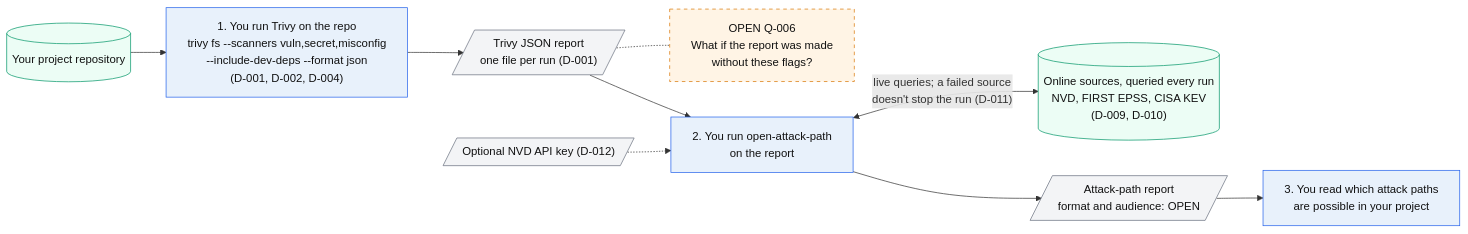
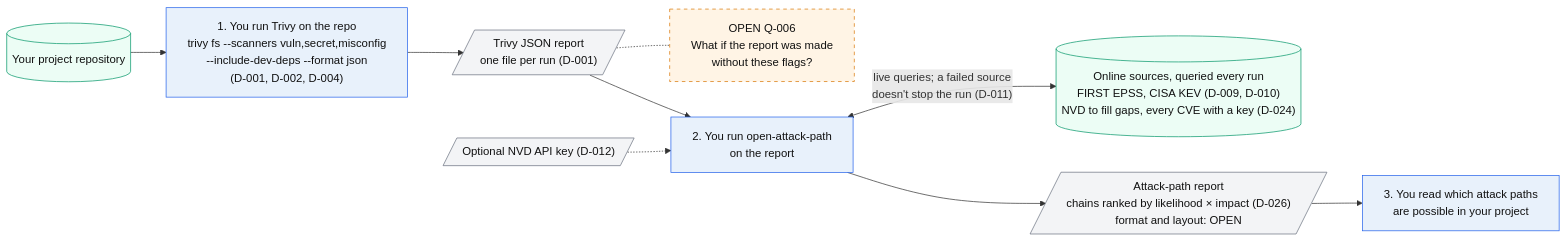
The diagram in docs/planning/diagrams/01-end-to-end.md (jackbowden-ai/open-attack-path), drawn with Mermaid before and after one commit. The commit also changed other lines of this file and 10 other files, not shown here.

First line of the commit message:
Chain model interview: decisions D-016 to D-029, diagrams updated

````diff
--- a/docs/planning/diagrams/01-end-to-end.md
+++ b/docs/planning/diagrams/01-end-to-end.md
@@ -5,32 +5,32 @@
 ```mermaid
 ---
 config:
   flowchart:
     wrappingWidth: 600
 ---
 flowchart LR
     repo[("Your project repository")]
     trivy["1. You run Trivy on the repo<br/>trivy fs --scanners vuln,secret,misconfig<br/>--include-dev-deps --format json<br/>(D-001, D-002, D-004)"]
     report[/"Trivy JSON report<br/>one file per run (D-001)"/]
     q6["OPEN Q-006<br/>What if the report was made<br/>without these flags?"]
     key[/"Optional NVD API key (D-012)"/]
     tool["2. You run open-attack-path<br/>on the report"]
-    sources[("Online sources, queried every run<br/>NVD, FIRST EPSS, CISA KEV<br/>(D-009, D-010)")]
-    out[/"Attack-path report<br/>format and audience: OPEN"/]
+    sources[("Online sources, queried every run<br/>FIRST EPSS, CISA KEV (D-009, D-010)<br/>NVD to fill gaps, every CVE with a key (D-024)")]
+    out[/"Attack-path report<br/>chains ranked by likelihood × impact (D-026)<br/>format and layout: OPEN"/]
     act["3. You read which attack paths<br/>are possible in your project"]
 
     repo --> trivy --> report --> tool
     report -.- q6
     key -.-> tool
     tool <-->|"live queries; a failed source<br/>doesn't stop the run (D-011)"| sources
     tool --> out --> act
 
     classDef decided fill:#e8f1fb,stroke:#2563eb,color:#111
     classDef open fill:#fff4e5,stroke:#d97706,stroke-dasharray:5 5,color:#111
     classDef data fill:#f3f4f6,stroke:#6b7280,color:#111
     classDef external fill:#ecfdf5,stroke:#059669,color:#111
     class trivy,tool,act decided
     class q6 open
     class report,key,out data
     class repo,sources external
 ```
````
